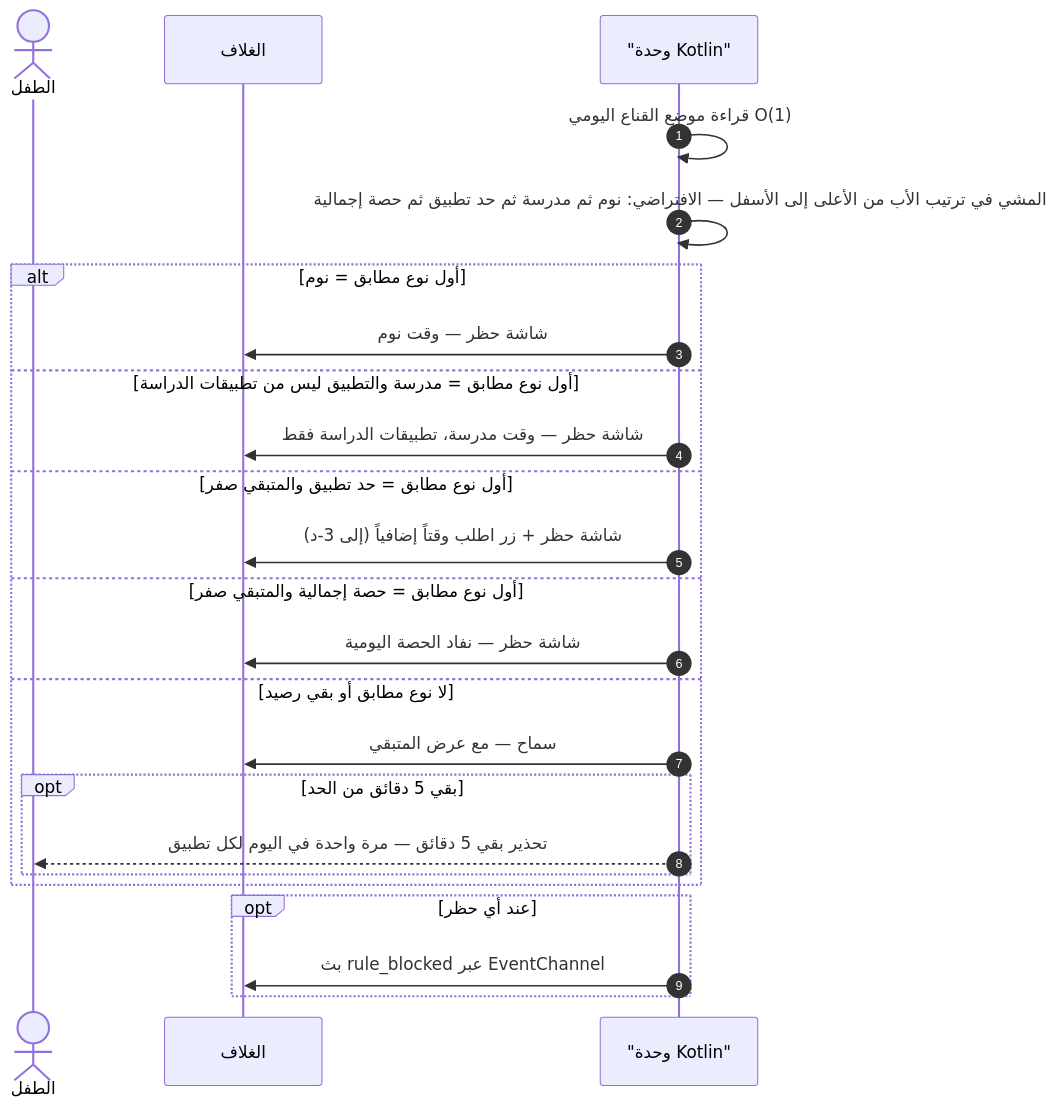
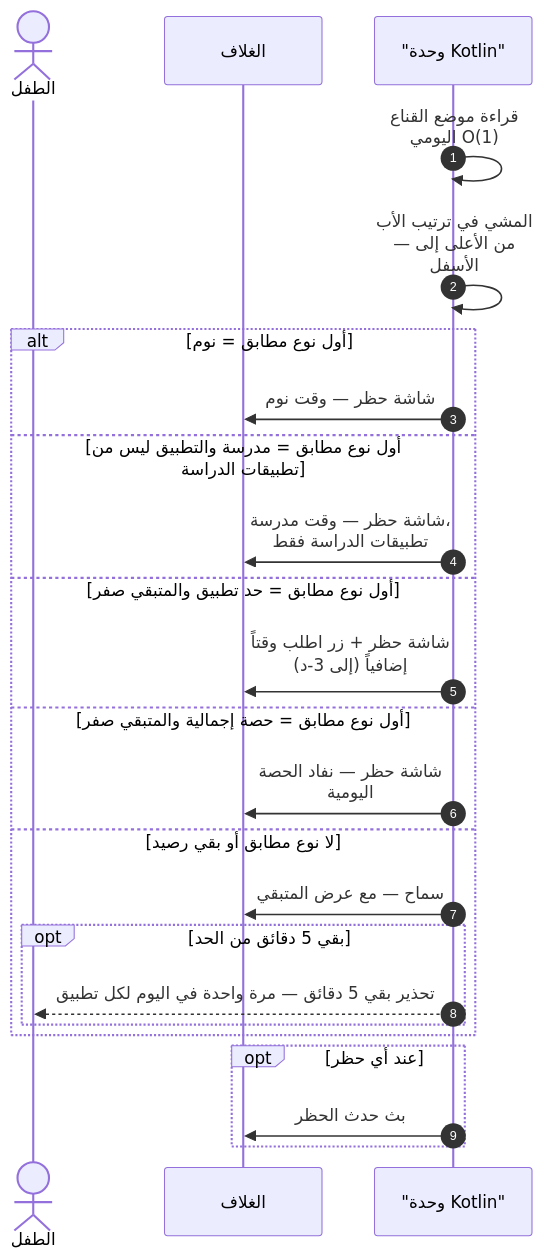
One commit to Bassam-mohammed-alqaeadi/family-os-v2 changed the eighth of 45 diagrams in docs/family-os/governance/phases/phase-1/S1-10-protection-and-enforcement/DIAGRAMS.md. Above: the diagram before and after it, drawn with Mermaid. The commit also changed other lines of this file, not shown here.

````diff
--- a/docs/family-os/governance/phases/phase-1/S1-10-protection-and-enforcement/DIAGRAMS.md
+++ b/docs/family-os/governance/phases/phase-1/S1-10-protection-and-enforcement/DIAGRAMS.md
@@ -462,26 +480,27 @@
 ```mermaid
+%%{init: {"sequence": {"wrap": true}}}%%
 sequenceDiagram
     autonumber
     actor Child as الطفل
     participant Shell as الغلاف
     participant K as "وحدة Kotlin"
     K->>K: قراءة موضع القناع اليومي O(1)
-    K->>K: المشي في ترتيب الأب من الأعلى إلى الأسفل — الافتراضي: نوم ثم مدرسة ثم حد تطبيق ثم حصة إجمالية
+    K->>K: المشي في ترتيب الأب — من الأعلى إلى الأسفل
     alt أول نوع مطابق = نوم
         K->>Shell: شاشة حظر — وقت نوم
     else أول نوع مطابق = مدرسة والتطبيق ليس من تطبيقات الدراسة
         K->>Shell: شاشة حظر — وقت مدرسة، تطبيقات الدراسة فقط
     else أول نوع مطابق = حد تطبيق والمتبقي صفر
         K->>Shell: شاشة حظر + زر اطلب وقتاً إضافياً (إلى 3-د)
     else أول نوع مطابق = حصة إجمالية والمتبقي صفر
         K->>Shell: شاشة حظر — نفاد الحصة اليومية
     else لا نوع مطابق أو بقي رصيد
         K->>Shell: سماح — مع عرض المتبقي
         opt بقي 5 دقائق من الحد
             K-->>Child: تحذير بقي 5 دقائق — مرة واحدة في اليوم لكل تطبيق
         end
     end
     opt عند أي حظر
-        K->>Shell: بث rule_blocked عبر EventChannel
+        K->>Shell: بث حدث الحظر
     end
 ```
````
